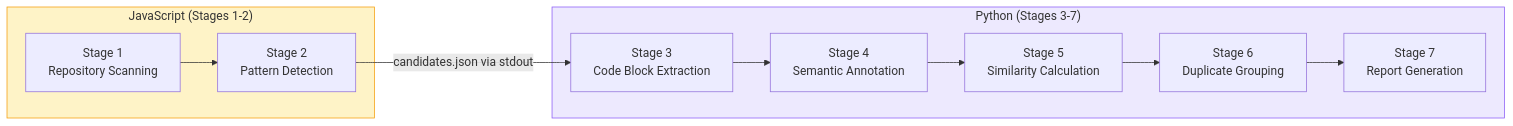
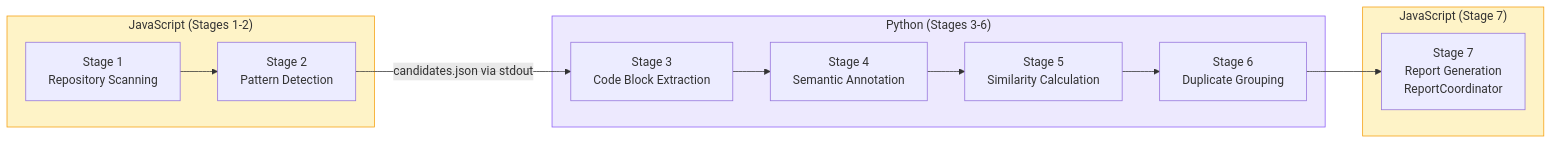
Before and after one commit to integritystudio/AlephAuto: the third of 4 diagrams in docs/MERMAID.md, drawn with Mermaid. The commit also changed other lines of this file and 14 other files, not shown here.

````diff
--- a/docs/MERMAID.md
+++ b/docs/MERMAID.md
@@ -141,25 +143,29 @@
 ```mermaid
 graph LR
     subgraph JS["JavaScript (Stages 1-2)"]
         S1["Stage 1<br/>Repository Scanning"]
         S2["Stage 2<br/>Pattern Detection"]
     end
 
-    subgraph PY["Python (Stages 3-7)"]
+    subgraph PY["Python (Stages 3-6)"]
         S3["Stage 3<br/>Code Block Extraction"]
         S4["Stage 4<br/>Semantic Annotation"]
         S5["Stage 5<br/>Similarity Calculation"]
         S6["Stage 6<br/>Duplicate Grouping"]
-        S7["Stage 7<br/>Report Generation"]
+    end
+
+    subgraph JS2["JavaScript (Stage 7)"]
+        S7["Stage 7<br/>Report Generation<br/>ReportCoordinator"]
     end
 
     S1 --> S2
     S2 -->|candidates.json via stdout| S3
     S3 --> S4
     S4 --> S5
     S5 --> S6
     S6 --> S7
 
     style JS fill:#fef3c7,stroke:#f59e0b
     style PY fill:#ede9fe,stroke:#8b5cf6
+    style JS2 fill:#fef3c7,stroke:#f59e0b
 ```
````
